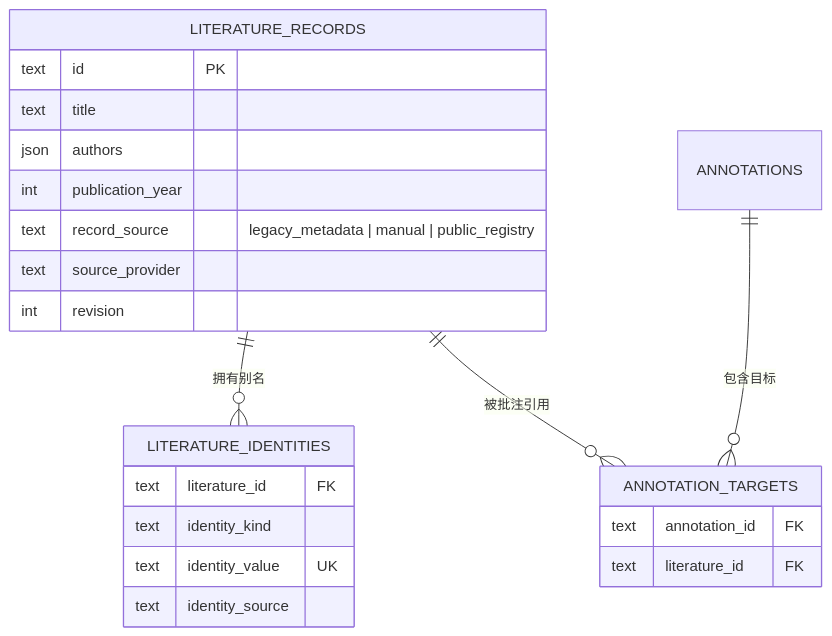
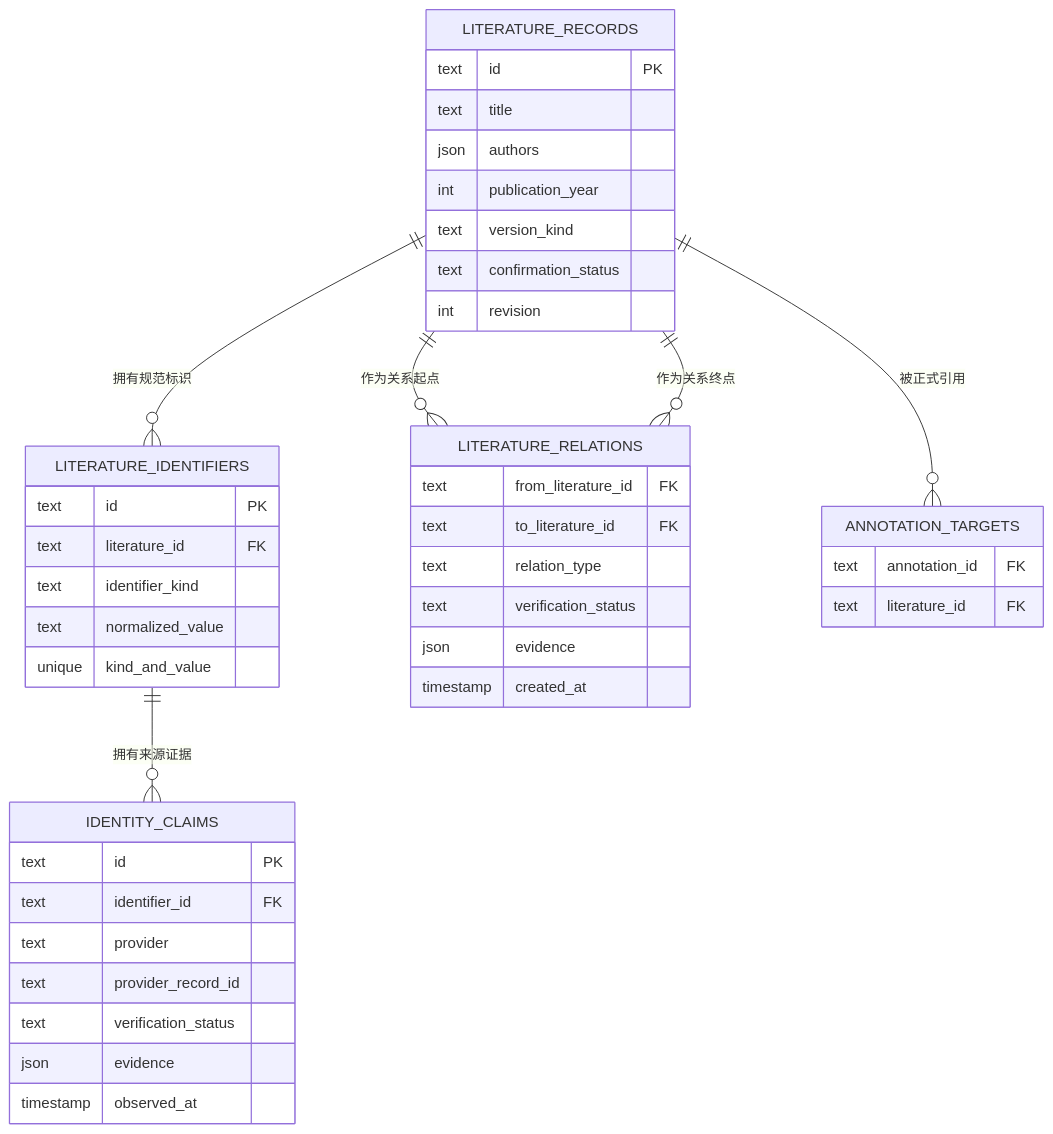
Before and after one commit to Hash012/Liteasy: the third of 6 diagrams in docs/design/文献身份.md, drawn with Mermaid. The commit also changed other lines of this file and 1 other file, not shown here.

Commit message:
docs: define source-confirmed literature identity

````diff
--- a/docs/design/文献身份.md
+++ b/docs/design/文献身份.md
@@ -75,28 +131,50 @@
 ```mermaid
 erDiagram
-  LITERATURE_RECORDS ||--o{ LITERATURE_IDENTITIES : "拥有别名"
-  LITERATURE_RECORDS ||--o{ ANNOTATION_TARGETS : "被批注引用"
-  ANNOTATIONS ||--o{ ANNOTATION_TARGETS : "包含目标"
+  LITERATURE_RECORDS ||--o{ LITERATURE_IDENTIFIERS : "拥有规范标识"
+  LITERATURE_IDENTIFIERS ||--o{ IDENTITY_CLAIMS : "拥有来源证据"
+  LITERATURE_RECORDS ||--o{ LITERATURE_RELATIONS : "作为关系起点"
+  LITERATURE_RECORDS ||--o{ LITERATURE_RELATIONS : "作为关系终点"
+  LITERATURE_RECORDS ||--o{ ANNOTATION_TARGETS : "被正式引用"
 
   LITERATURE_RECORDS {
     text id PK
     text title
     json authors
     int publication_year
-    text record_source "legacy_metadata | manual | public_registry"
-    text source_provider
+    text version_kind
+    text confirmation_status
     int revision
   }
 
-  LITERATURE_IDENTITIES {
+  LITERATURE_IDENTIFIERS {
+    text id PK
     text literature_id FK
-    text identity_kind
-    text identity_value UK
-    text identity_source
+    text identifier_kind
+    text normalized_value
+    unique kind_and_value
+  }
+
+  IDENTITY_CLAIMS {
+    text id PK
+    text identifier_id FK
+    text provider
+    text provider_record_id
+    text verification_status
+    json evidence
+    timestamp observed_at
+  }
+
+  LITERATURE_RELATIONS {
+    text from_literature_id FK
+    text to_literature_id FK
+    text relation_type
+    text verification_status
+    json evidence
+    timestamp created_at
   }
 
   ANNOTATION_TARGETS {
     text annotation_id FK
     text literature_id FK
   }
 ```
````
